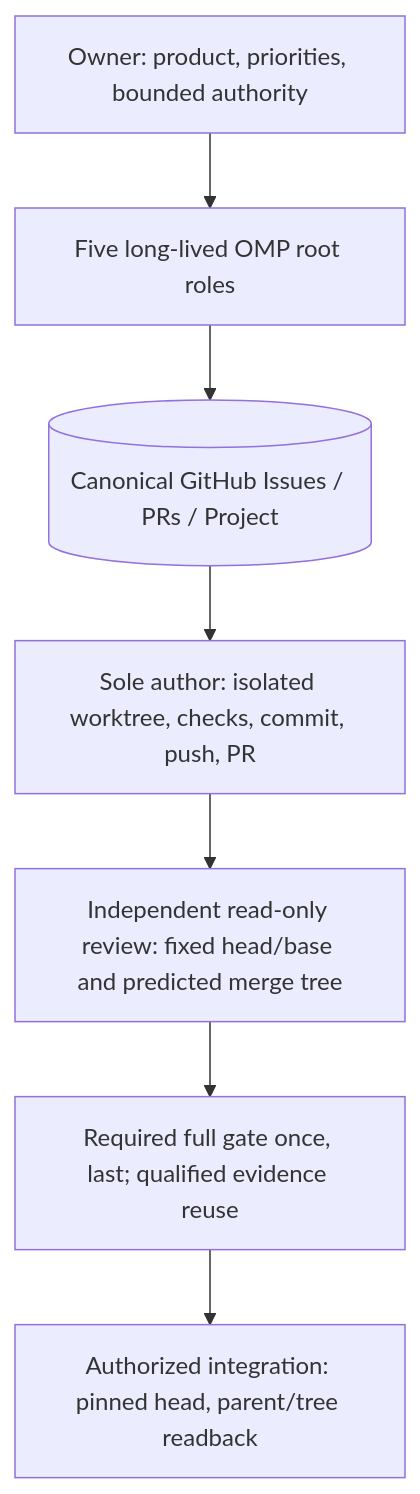
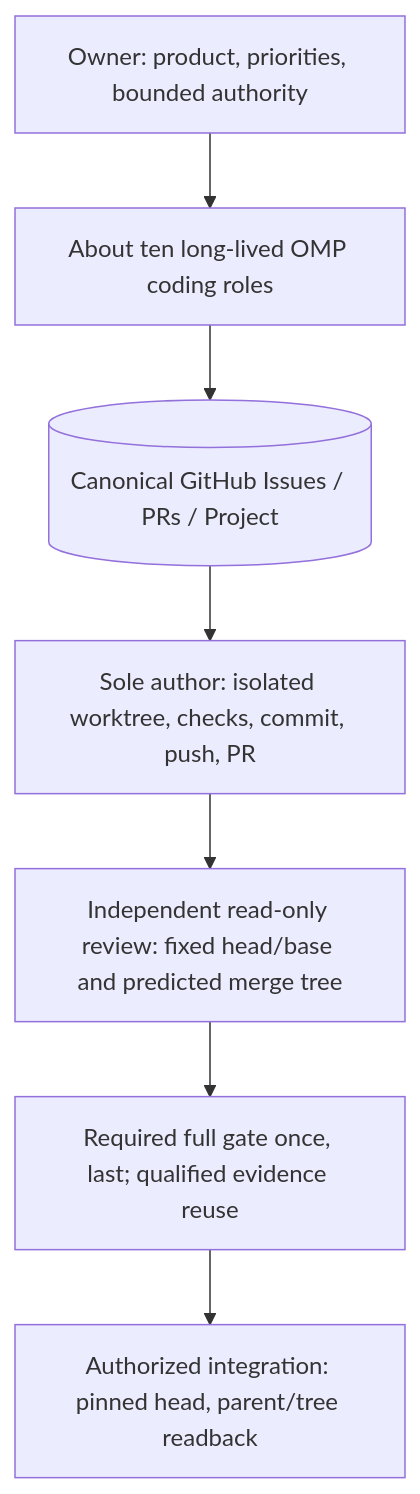
One commit to mg-mg-mg/agentic-engineering changed the diagram in README.md. Above: the diagram before and after it, drawn with Mermaid. The commit also changed other lines of this file and 1 other file, not shown here.

Commit message:
docs: explain current roles and concurrency reliability guardrails

````diff
--- a/README.md
+++ b/README.md
@@ -42,11 +42,11 @@
 ```mermaid
 flowchart TB
   O["Owner: product, priorities, bounded authority"]
-  R["Five long-lived OMP root roles"]
+  R["About ten long-lived OMP coding roles"]
   G[("Canonical GitHub Issues / PRs / Project")]
   A["Sole author: isolated worktree, checks, commit, push, PR"]
   V["Independent read-only review: fixed head/base and predicted merge tree"]
   Q["Required full gate once, last; qualified evidence reuse"]
   M["Authorized integration: pinned head, parent/tree readback"]
   O --> R --> G --> A --> V --> Q --> M
 ```
````
